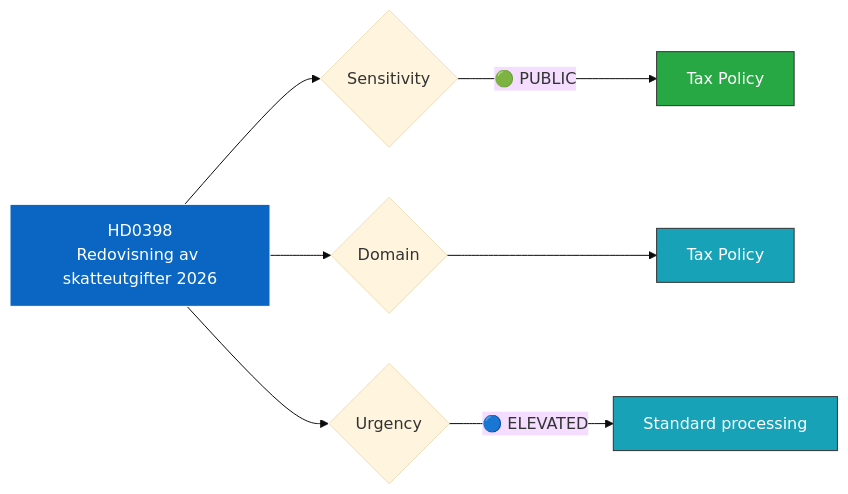
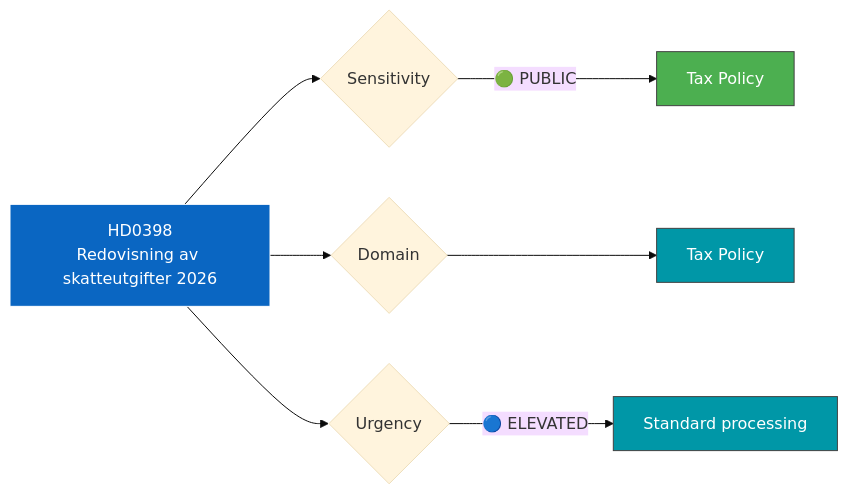
The diagram in analysis/daily/2026-04-13/realtime-1433/documents/HD0398-analysis.md (Hack23/riksdagsmonitor), drawn with Mermaid (base theme) before and after one commit. The commit also changed 785 other files, not shown here.

First line of the commit message:
Normalize mermaid colors across 786 analysis artifacts to ISMS Style Guide palette

````diff
--- a/analysis/daily/2026-04-13/realtime-1433/documents/HD0398-analysis.md
+++ b/analysis/daily/2026-04-13/realtime-1433/documents/HD0398-analysis.md
@@ -20,13 +20,13 @@
 ```mermaid
 graph LR
     A["HD0398<br/>Redovisning av skatteutgifter 2026"] --> B{"Sensitivity"}
     B -->|"🟢 PUBLIC"| C["Tax Policy"]
     A --> D{"Domain"}
     D --> E["Tax Policy"]
     A --> F{"Urgency"}
     F -->|"🔵 ELEVATED"| G["Standard processing"]
-    style A fill:#0A66C2,stroke:#fff,color:#fff
-    style C fill:#28a745,stroke:#333,color:#fff
-    style E fill:#17a2b8,stroke:#333,color:#fff
-    style G fill:#17a2b8,stroke:#333,color:#fff
+    style A fill:#0A66C2,stroke:#FFFFFF,color:#FFFFFF
+    style C fill:#4CAF50,stroke:#424242,color:#FFFFFF
+    style E fill:#0097A7,stroke:#424242,color:#FFFFFF
+    style G fill:#0097A7,stroke:#424242,color:#FFFFFF
 ```
````
